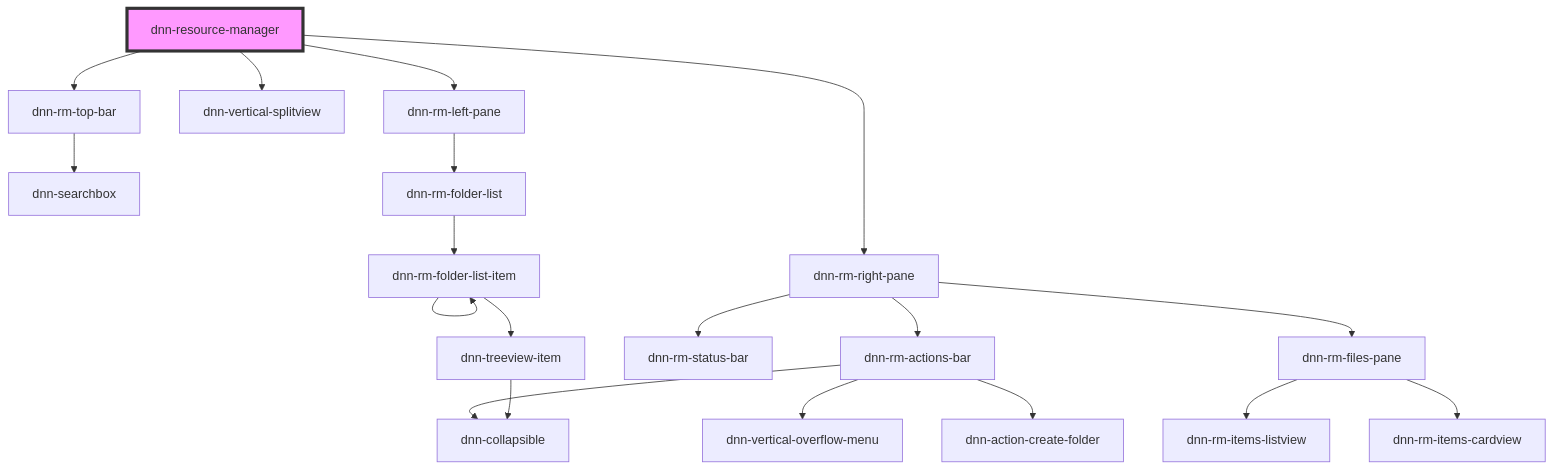
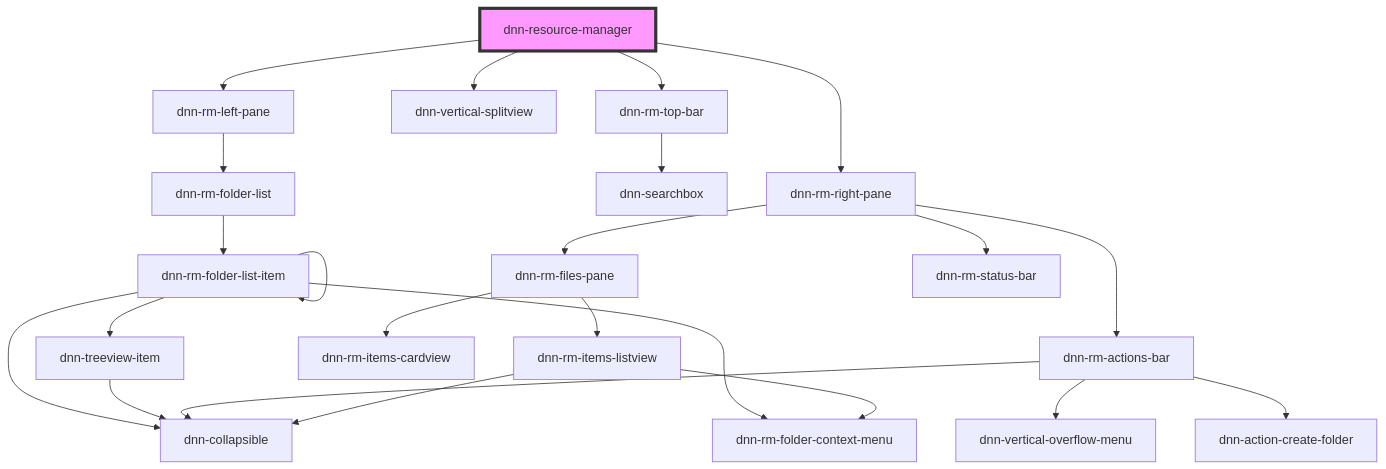
The diagram in DNN Platform/Modules/ResourceManager/ResourceManager.Web/src/components/dnn-resource-manager/readme.md (dnnsoftware/Dnn.Platform), drawn with Mermaid before and after one commit. The commit also changed 10 other files, not shown here.

Commit message:
Implemented context menu in listview

````diff
--- a/DNN Platform/Modules/ResourceManager/ResourceManager.Web/src/components/dnn-resource-manager/readme.md
+++ b/DNN Platform/Modules/ResourceManager/ResourceManager.Web/src/components/dnn-resource-manager/readme.md
@@ -25,22 +25,26 @@
 ```mermaid
 graph TD;
   dnn-resource-manager --> dnn-rm-top-bar
   dnn-resource-manager --> dnn-vertical-splitview
   dnn-resource-manager --> dnn-rm-left-pane
   dnn-resource-manager --> dnn-rm-right-pane
   dnn-rm-top-bar --> dnn-searchbox
   dnn-rm-left-pane --> dnn-rm-folder-list
   dnn-rm-folder-list --> dnn-rm-folder-list-item
   dnn-rm-folder-list-item --> dnn-treeview-item
   dnn-rm-folder-list-item --> dnn-rm-folder-list-item
+  dnn-rm-folder-list-item --> dnn-collapsible
+  dnn-rm-folder-list-item --> dnn-rm-folder-context-menu
   dnn-treeview-item --> dnn-collapsible
   dnn-rm-right-pane --> dnn-rm-actions-bar
   dnn-rm-right-pane --> dnn-rm-files-pane
   dnn-rm-right-pane --> dnn-rm-status-bar
   dnn-rm-actions-bar --> dnn-vertical-overflow-menu
   dnn-rm-actions-bar --> dnn-action-create-folder
   dnn-rm-actions-bar --> dnn-collapsible
   dnn-rm-files-pane --> dnn-rm-items-listview
   dnn-rm-files-pane --> dnn-rm-items-cardview
+  dnn-rm-items-listview --> dnn-collapsible
+  dnn-rm-items-listview --> dnn-rm-folder-context-menu
   style dnn-resource-manager fill:#f9f,stroke:#333,stroke-width:4px
 ```
````
